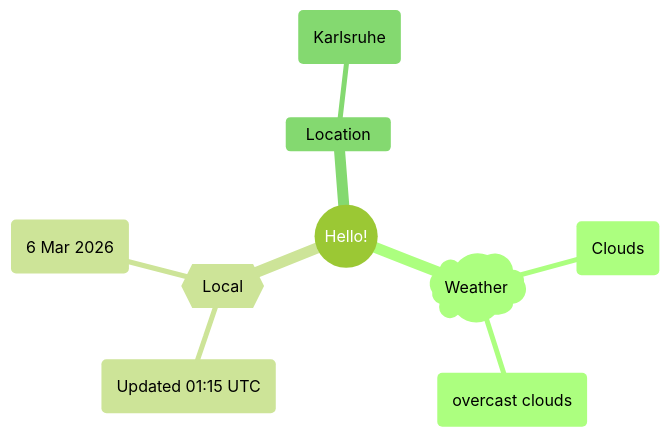
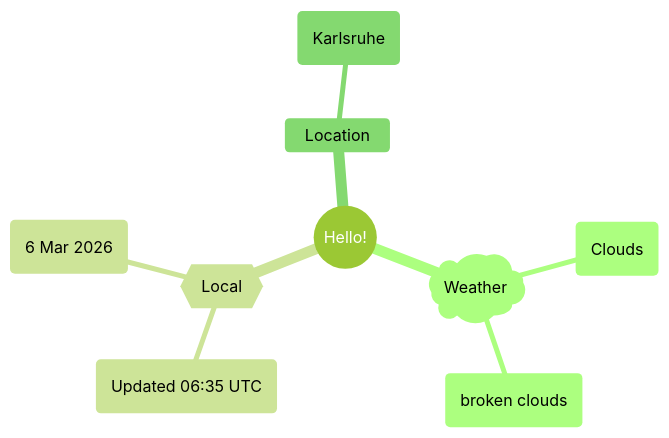
The first of 2 diagrams in README.md (Xosrov/Xosrov), drawn with Mermaid (forest theme) before and after one commit.

Commit message:
[bot] updated images

````diff
--- a/README.md
+++ b/README.md
@@ -3,12 +3,12 @@
 ```mermaid
 mindmap
   root((Hello!))
     )Weather(
         (Clouds)
-        (overcast clouds)
+        (broken clouds)
     {{Local}}
-        (Updated 01:15 UTC)
+        (Updated 06:35 UTC)
         (6 Mar 2026)
     Location
         (Karlsruhe)
 ```
````
